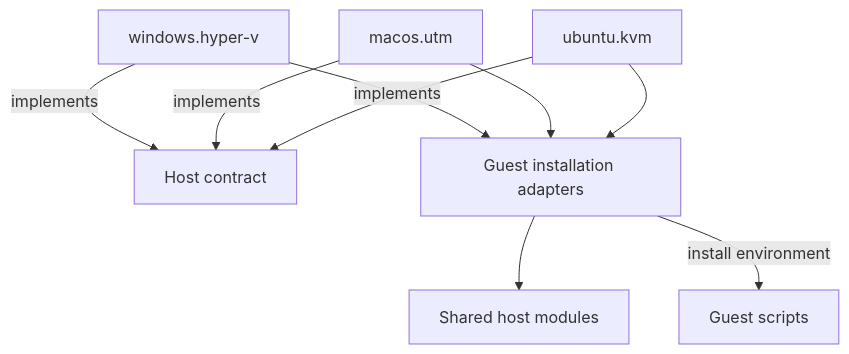
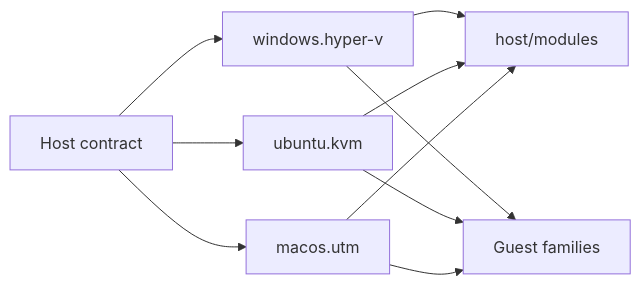
Before and after one commit to alissonsol/yuruna: the fourth of 7 diagrams in docs/design/02-component-breakdown.md, drawn with Mermaid. The commit also changed other lines of this file and 1383 other files, not shown here.

````diff
--- a/docs/design/02-component-breakdown.md
+++ b/docs/design/02-component-breakdown.md
@@ -131,18 +129,18 @@
 ```mermaid
-flowchart TB
-    yuruna-host-contract["Host contract"]
+flowchart LR
+    yuruna-host-contract-psm1["Host contract"]
     windows-hyper-v["windows.hyper-v"]
+    ubuntu-kvm["ubuntu.kvm"]
     macos-utm["macos.utm"]
-    ubuntu-kvm["ubuntu.kvm"]
-    host-guest["Guest installation adapters"]
-    host-modules["Shared host modules"]
-    guest["Guest scripts"]
-    windows-hyper-v -->|implements| yuruna-host-contract
-    macos-utm -->|implements| yuruna-host-contract
-    ubuntu-kvm -->|implements| yuruna-host-contract
-    windows-hyper-v --> host-guest
-    macos-utm --> host-guest
-    ubuntu-kvm --> host-guest
-    host-guest --> host-modules
-    host-guest -->|install environment| guest
+    host-modules["host/modules"]
+    guest["Guest families"]
+    yuruna-host-contract-psm1 --> windows-hyper-v
+    yuruna-host-contract-psm1 --> ubuntu-kvm
+    yuruna-host-contract-psm1 --> macos-utm
+    windows-hyper-v --> host-modules
+    ubuntu-kvm --> host-modules
+    macos-utm --> host-modules
+    windows-hyper-v --> guest
+    ubuntu-kvm --> guest
+    macos-utm --> guest
 ```
````
